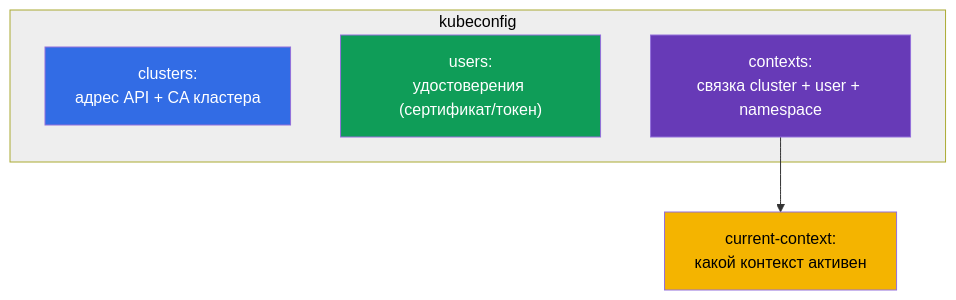
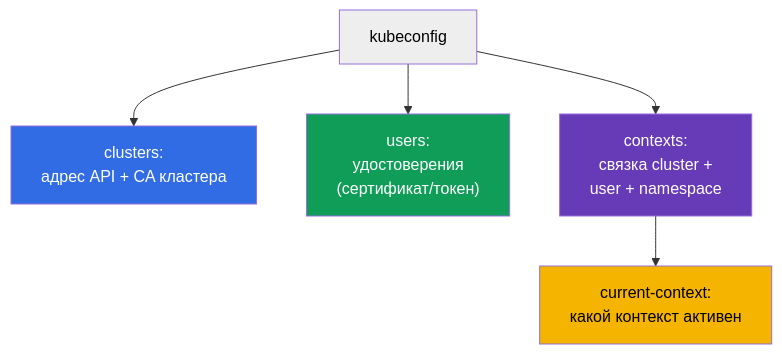
One commit to ViktorUJ/cks changed the third of 7 diagrams in tasks/cka/course/39/ru.md. Above: the diagram before and after it, drawn with Mermaid. The commit also changed other lines of this file and 30 other files, not shown here.

````diff
--- a/tasks/cka/course/39/ru.md
+++ b/tasks/cka/course/39/ru.md
@@ -70,15 +70,13 @@
 ```mermaid
 flowchart TB
-    subgraph KC["kubeconfig"]
-        clusters["clusters:<br>адрес API + CA кластера"]
-        users["users:<br>удостоверения (сертификат/токен)"]
-        contexts["contexts:<br>связка cluster + user + namespace"]
-    end
-    current["current-context:<br>какой контекст активен"]
-    contexts --> current
-    style KC fill:#eeeeee,color:#000
+    kc["kubeconfig"]
+    kc --> clusters["clusters:<br>адрес API + CA кластера"]
+    kc --> users["users:<br>удостоверения<br>(сертификат/токен)"]
+    kc --> contexts["contexts:<br>связка cluster +<br>user + namespace"]
+    contexts --> current["current-context:<br>какой контекст активен"]
+    style kc fill:#eeeeee,color:#000
     style clusters fill:#326ce5,color:#fff
     style users fill:#0f9d58,color:#fff
     style contexts fill:#673ab7,color:#fff
     style current fill:#f4b400,color:#000
 ```
````
